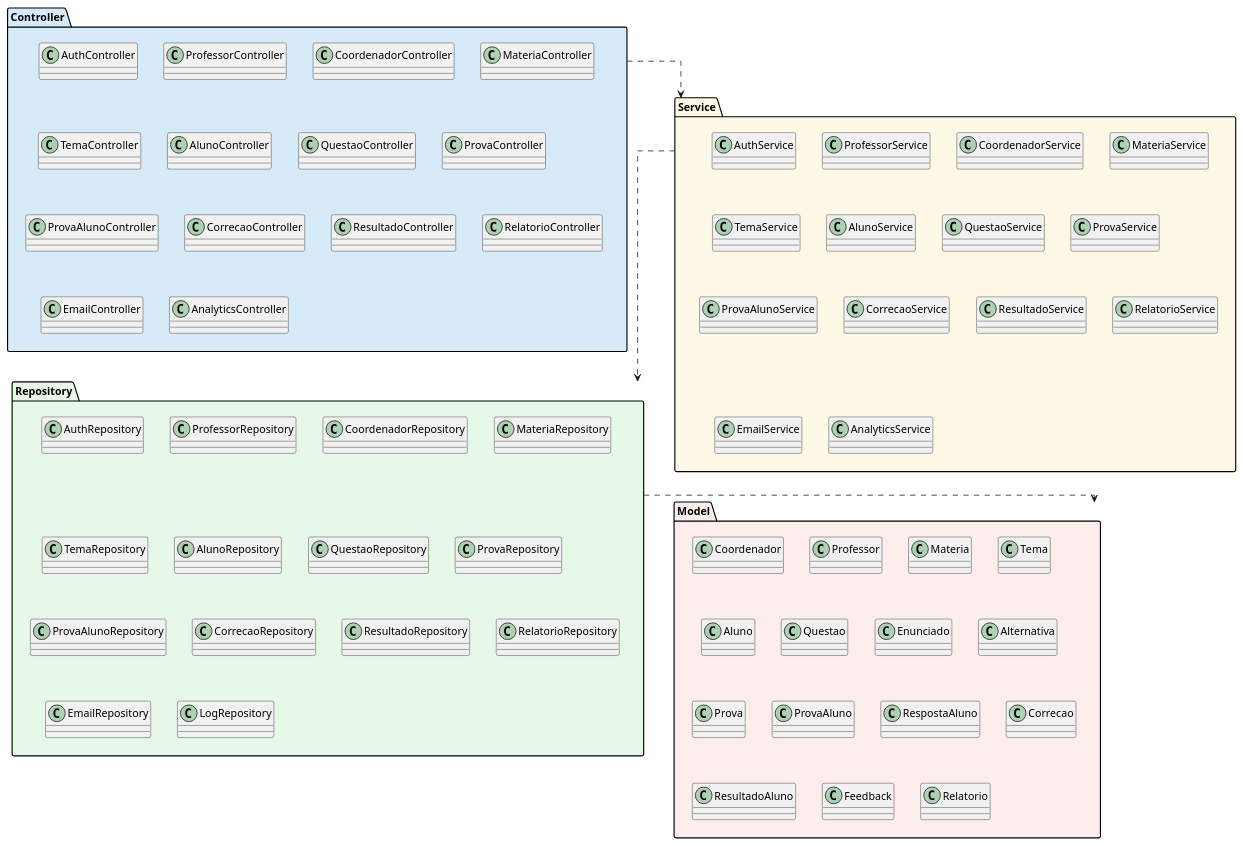
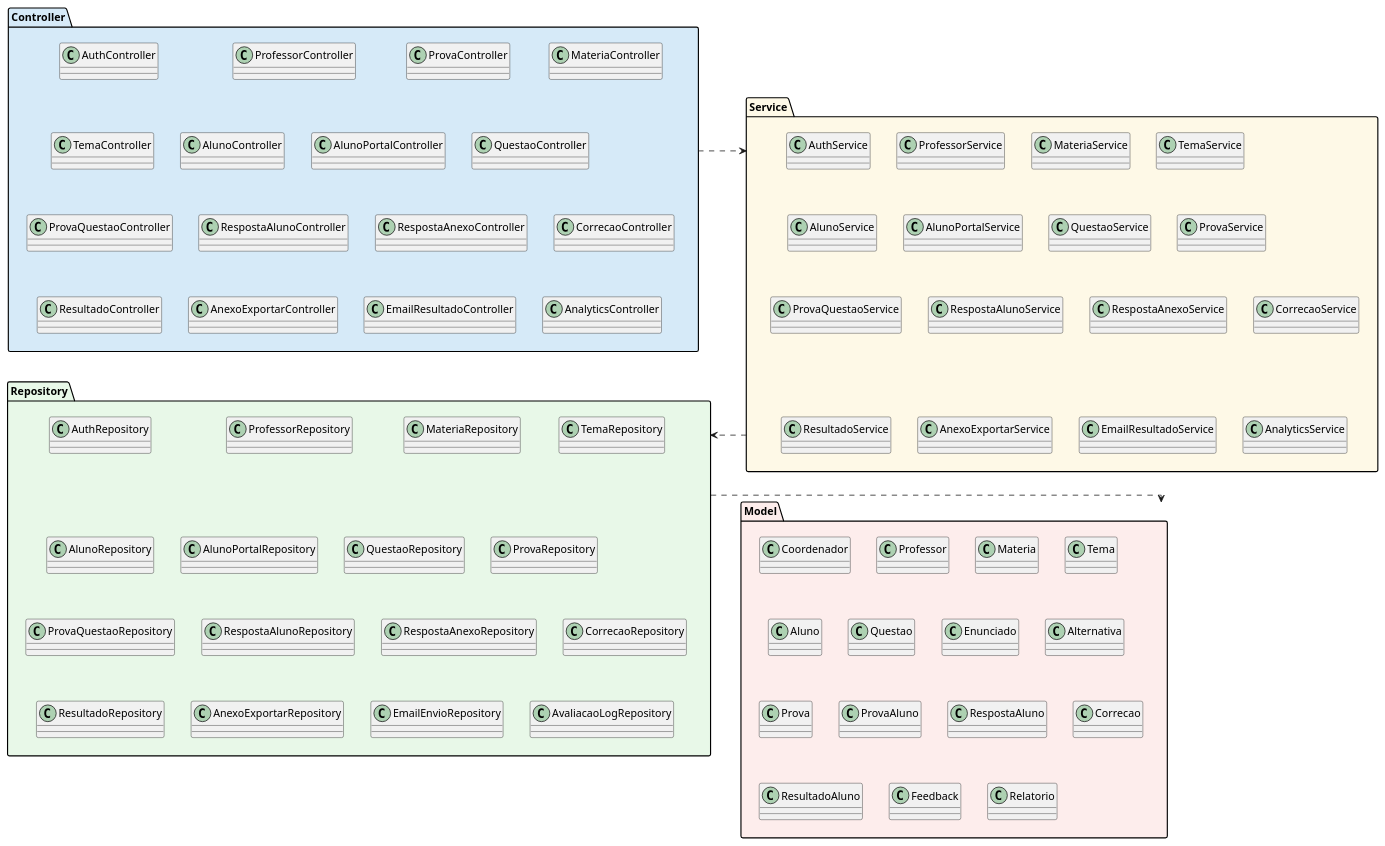
One commit to pablo-marchina/instituto_ponte changed the third of 13 diagrams in IP/documentos/wad.md. Above: the diagram before and after it, drawn with PlantUML. The commit also changed other lines of this file, not shown here.

```diff
--- a/IP/documentos/wad.md
+++ b/IP/documentos/wad.md
@@ -2492,52 +2551,58 @@
 package "Controller" #D6EAF8 {
   class AuthController
   class ProfessorController
-  class CoordenadorController
+  class ProvaController
   class MateriaController
   class TemaController
   class AlunoController
+  class AlunoPortalController
   class QuestaoController
-  class ProvaController
-  class ProvaAlunoController
+  class ProvaQuestaoController
+  class RespostaAlunoController
+  class RespostaAnexoController
   class CorrecaoController
   class ResultadoController
-  class RelatorioController
-  class EmailController
+  class AnexoExportarController
+  class EmailResultadoController
   class AnalyticsController
 }
 
 package "Service" #FEF9E7 {
   class AuthService
   class ProfessorService
-  class CoordenadorService
   class MateriaService
   class TemaService
   class AlunoService
+  class AlunoPortalService
   class QuestaoService
   class ProvaService
-  class ProvaAlunoService
+  class ProvaQuestaoService
+  class RespostaAlunoService
+  class RespostaAnexoService
   class CorrecaoService
   class ResultadoService
-  class RelatorioService
-  class EmailService
+  class AnexoExportarService
+  class EmailResultadoService
   class AnalyticsService
 }
 
 package "Repository" #E8F8E8 {
   class AuthRepository
   class ProfessorRepository
-  class CoordenadorRepository
   class MateriaRepository
   class TemaRepository
   class AlunoRepository
+  class AlunoPortalRepository
   class QuestaoRepository
   class ProvaRepository
-  class ProvaAlunoRepository
+  class ProvaQuestaoRepository
+  class RespostaAlunoRepository
+  class RespostaAnexoRepository
   class CorrecaoRepository
   class ResultadoRepository
-  class RelatorioRepository
-  class EmailRepository
-  class LogRepository
+  class AnexoExportarRepository
+  class EmailEnvioRepository
+  class AvaliacaoLogRepository
 }
 
 package "Model" #FDEDEC {
```
